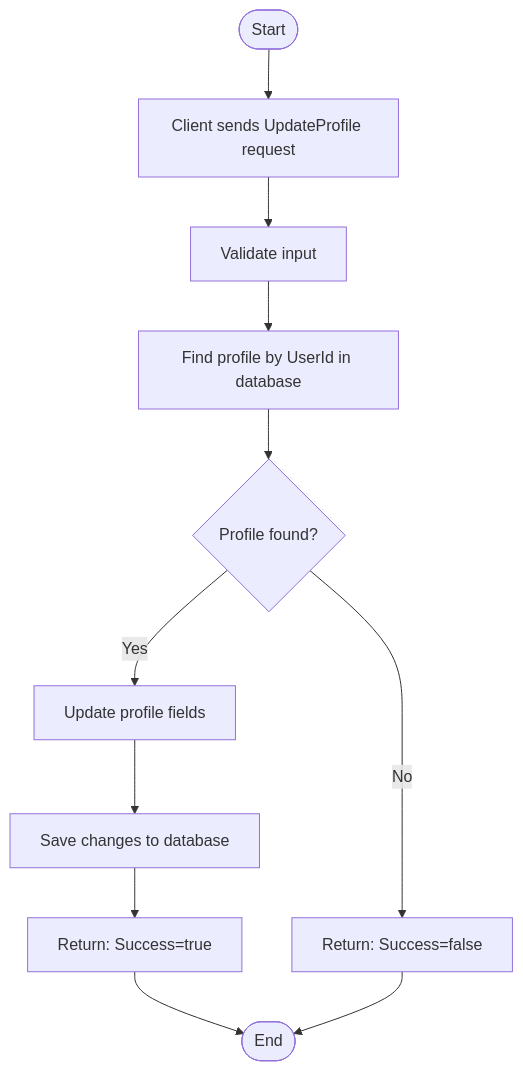
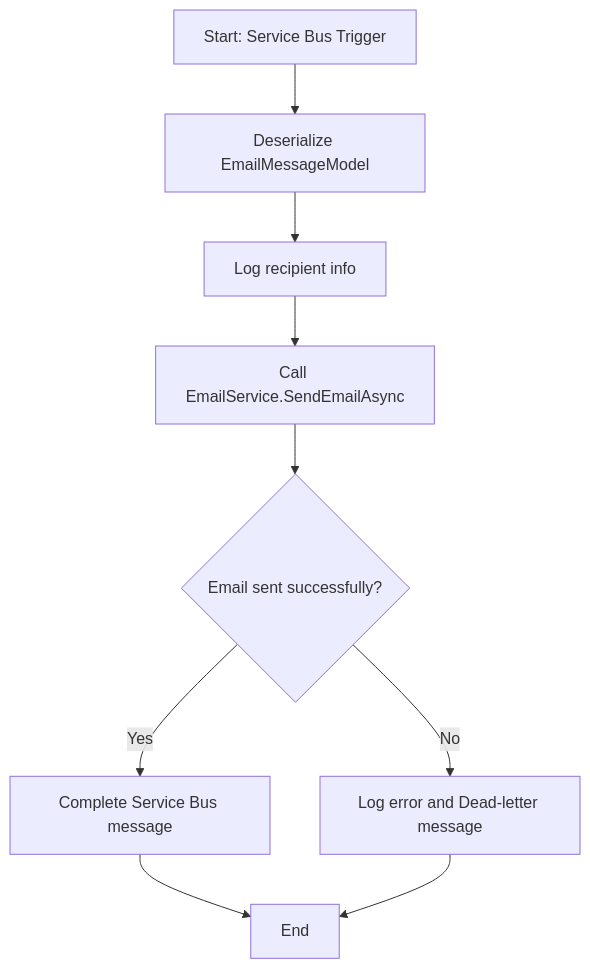
One commit to ASP2G4/EmailServiceFunction changed the first of 2 diagrams in README.md. Above: the diagram before and after it, drawn with Mermaid. The commit also changed other lines of this file, not shown here.

````diff
--- a/README.md
+++ b/README.md
@@ -107,17 +77,11 @@
 ```mermaid
 flowchart TD
-    Start([Start])
-    Request[Client sends UpdateProfile request]
-    Validate[Validate input]
-    Lookup[Find profile by UserId in database]
-    Found{Profile found?}
-    Update[Update profile fields]
-    Save[Save changes to database]
-    Success[Return: Success=true]
-    Fail[Return: Success=false]
-    End([End])
-
-    Start --> Request --> Validate --> Lookup --> Found
-    Found -- Yes --> Update --> Save --> Success --> End
-    Found -- No --> Fail --> End
+    A[Start: Service Bus Trigger] --> B[Deserialize EmailMessageModel]
+    B --> C[Log recipient info]
+    C --> D[Call EmailService.SendEmailAsync]
+    D --> E{Email sent successfully?}
+    E -- Yes --> F[Complete Service Bus message]
+    E -- No --> G[Log error and Dead-letter message]
+    F --> H[End]
+    G --> H
 ```
````
